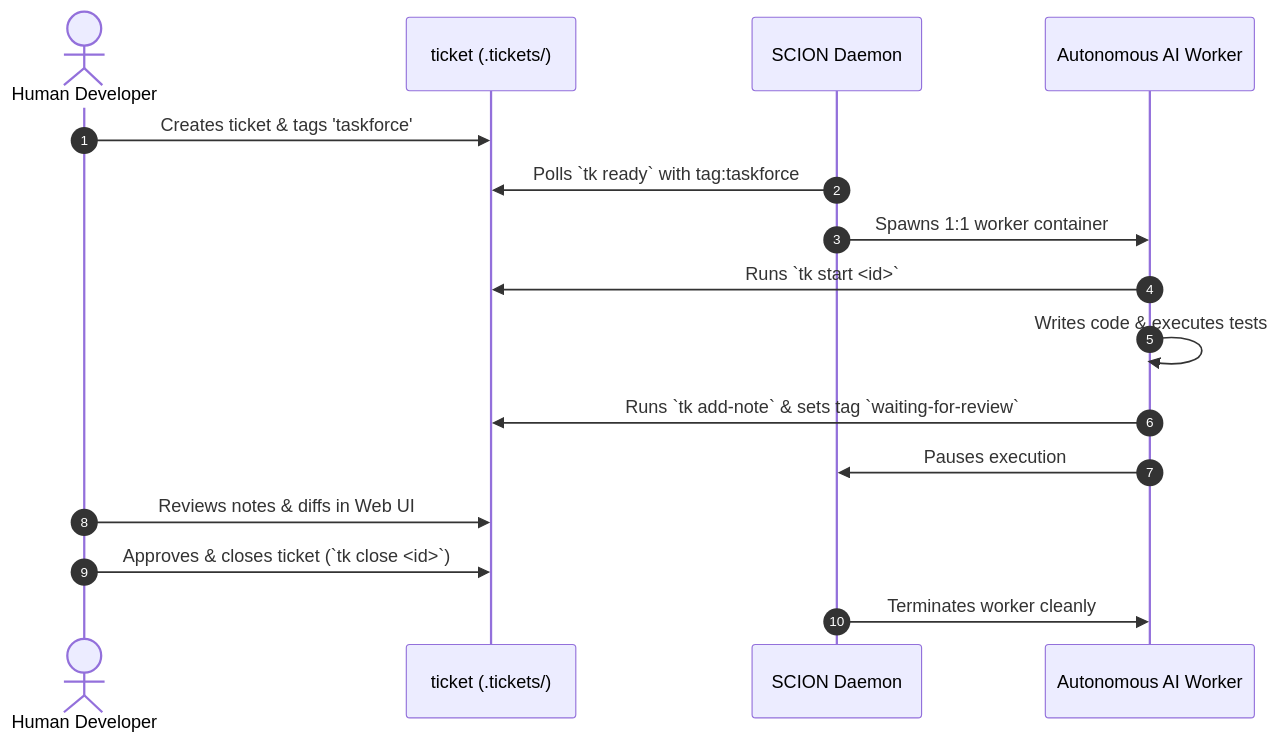
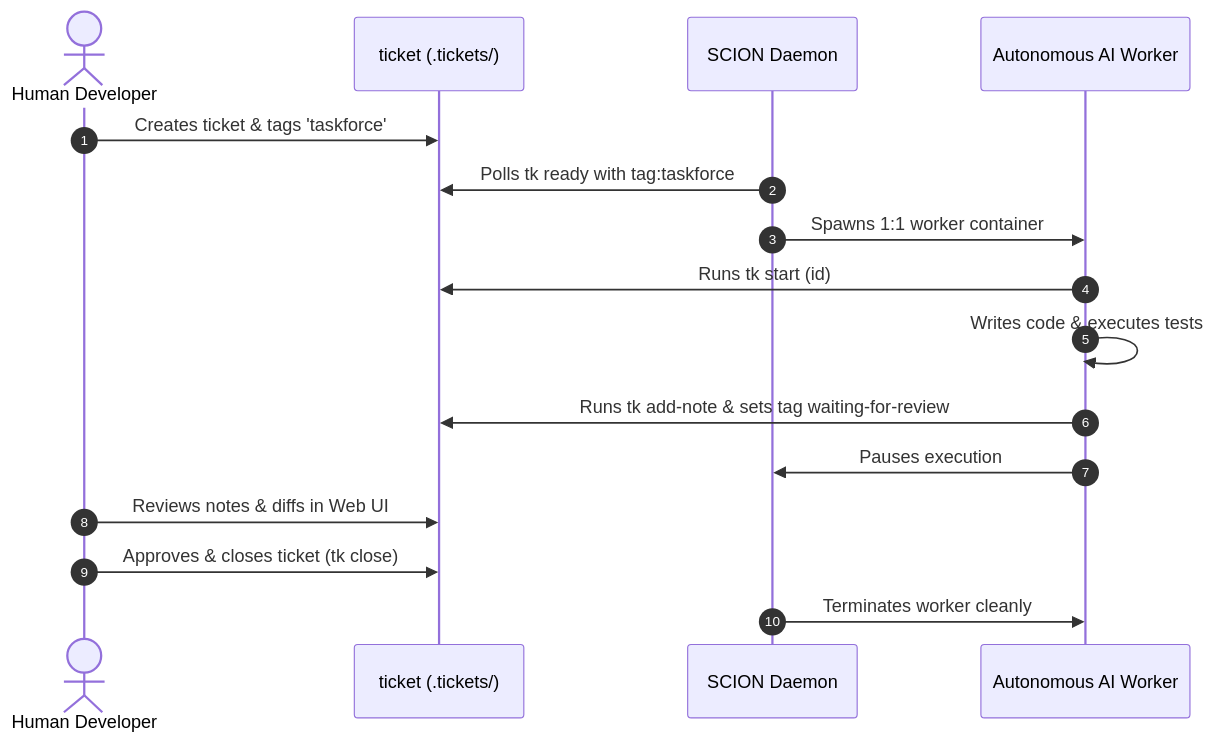
The diagram in docs/workflows/scion-taskforce.md (msampathkumar/ticket), drawn with Mermaid before and after one commit. The commit also changed other lines of this file and 23 other files, not shown here.

````diff
--- a/docs/workflows/scion-taskforce.md
+++ b/docs/workflows/scion-taskforce.md
@@ -12,19 +12,19 @@
 ```mermaid
 sequenceDiagram
     autonumber
     actor Developer as Human Developer
     participant TK as ticket (.tickets/)
     participant Daemon as SCION Daemon
     participant Worker as Autonomous AI Worker
 
     Developer->>TK: Creates ticket & tags 'taskforce'
-    Daemon->>TK: Polls `tk ready` with tag:taskforce
+    Daemon->>TK: Polls tk ready with tag:taskforce
     Daemon->>Worker: Spawns 1:1 worker container
-    Worker->>TK: Runs `tk start <id>`
+    Worker->>TK: Runs tk start (id)
     Worker->>Worker: Writes code & executes tests
-    Worker->>TK: Runs `tk add-note` & sets tag `waiting-for-review`
+    Worker->>TK: Runs tk add-note & sets tag waiting-for-review
     Worker->>Daemon: Pauses execution
     Developer->>TK: Reviews notes & diffs in Web UI
-    Developer->>TK: Approves & closes ticket (`tk close <id>`)
+    Developer->>TK: Approves & closes ticket (tk close)
     Daemon->>Worker: Terminates worker cleanly
 ```
````
